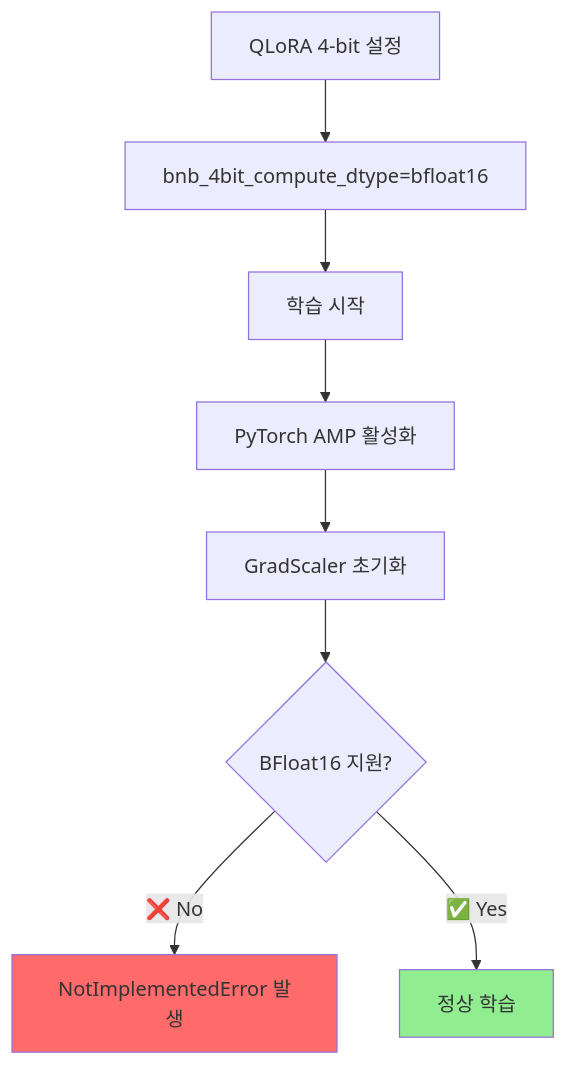
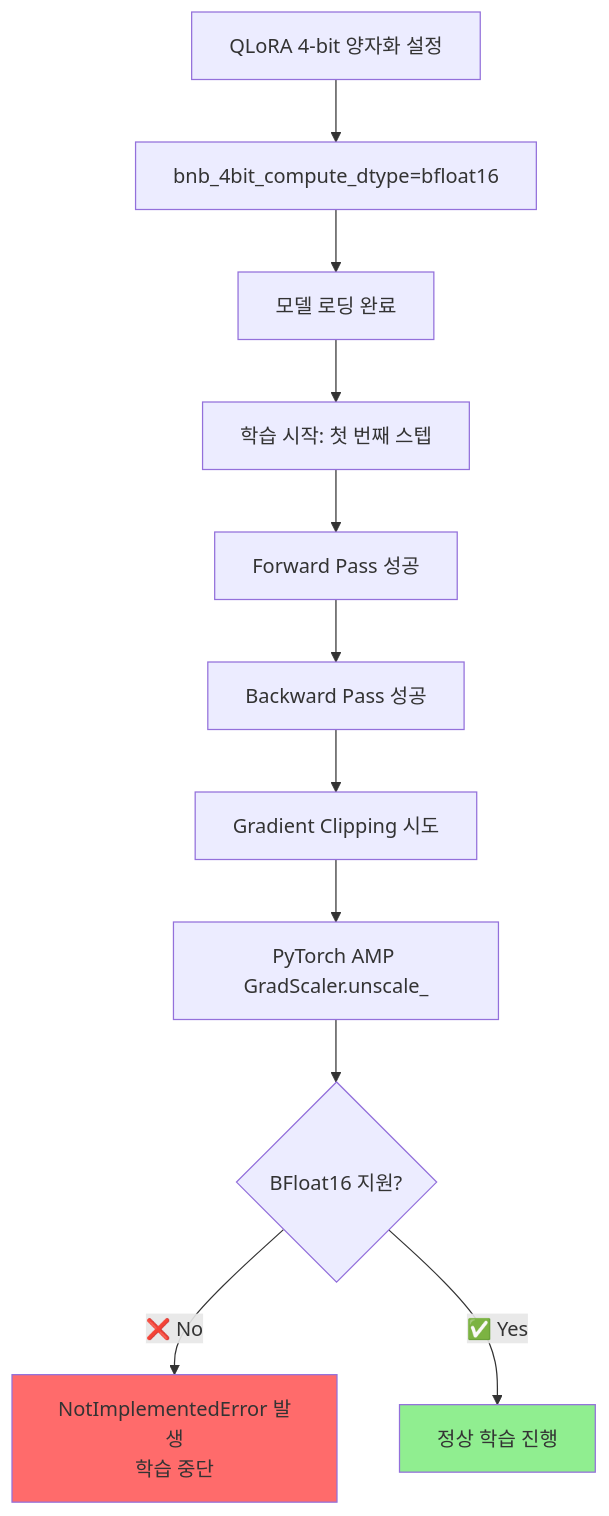
One commit to AIBootcamp14/naturallanguageprocessingcompetition-nlp-1 changed the fourth of 5 diagrams in docs/experiments/20251012_101219_test_full_pipeline_quick_실험분석.md. Above: the diagram before and after it, drawn with Mermaid. The commit also changed other lines of this file and 23 other files, not shown here.

````diff
--- a/docs/experiments/20251012_101219_test_full_pipeline_quick_실험분석.md
+++ b/docs/experiments/20251012_101219_test_full_pipeline_quick_실험분석.md
@@ -308,13 +388,16 @@
 ```mermaid
 graph TD
-    A[QLoRA 4-bit 설정] --> B[bnb_4bit_compute_dtype=bfloat16]
-    B --> C[학습 시작]
-    C --> D[PyTorch AMP 활성화]
-    D --> E[GradScaler 초기화]
-    E --> F{BFloat16 지원?}
-    F -->|❌ No| G[NotImplementedError 발생]
-    F -->|✅ Yes| H[정상 학습]
+    A[QLoRA 4-bit 양자화 설정] --> B[bnb_4bit_compute_dtype=bfloat16]
+    B --> C[모델 로딩 완료]
+    C --> D[학습 시작: 첫 번째 스텝]
+    D --> E[Forward Pass 성공]
+    E --> F[Backward Pass 성공]
+    F --> G[Gradient Clipping 시도]
+    G --> H[PyTorch AMP GradScaler.unscale_]
+    H --> I{BFloat16 지원?}
+    I -->|❌ No| J[NotImplementedError 발생<br/>학습 중단]
+    I -->|✅ Yes| K[정상 학습 진행]
 
-    style G fill:#FF6B6B
-    style H fill:#90EE90
+    style J fill:#FF6B6B
+    style K fill:#90EE90
 ```
````
